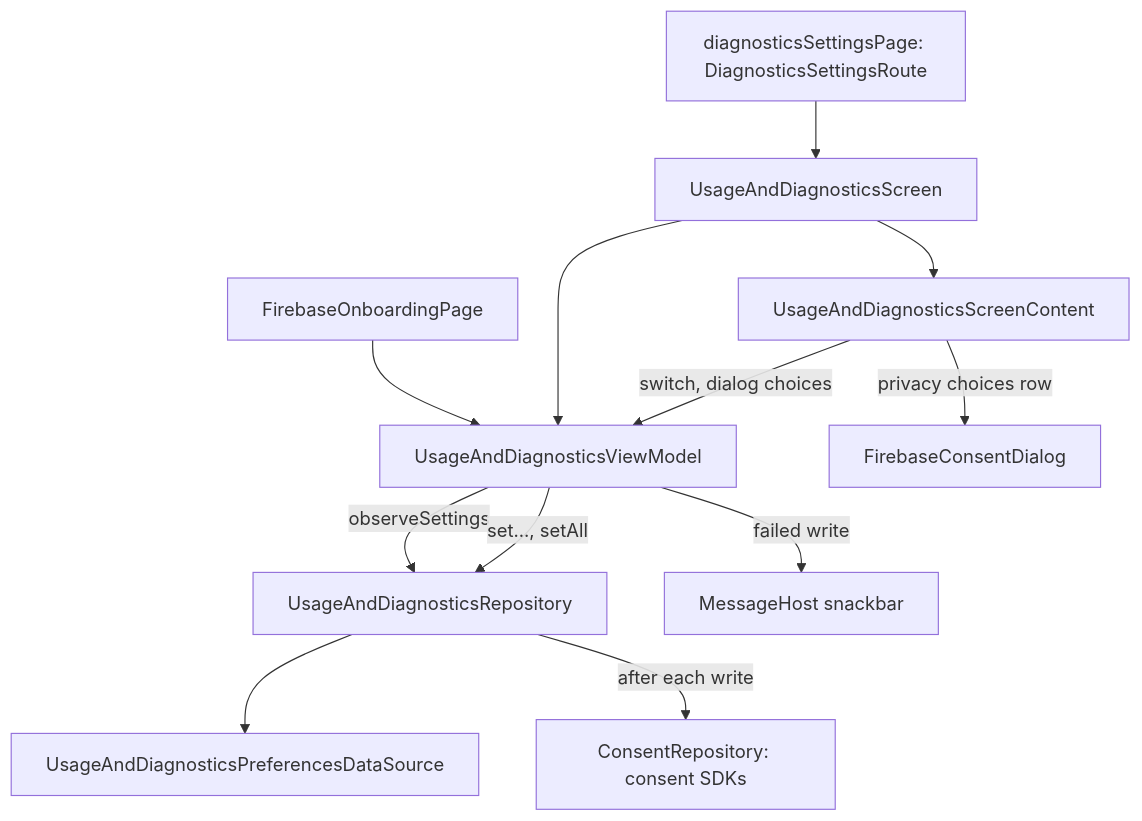
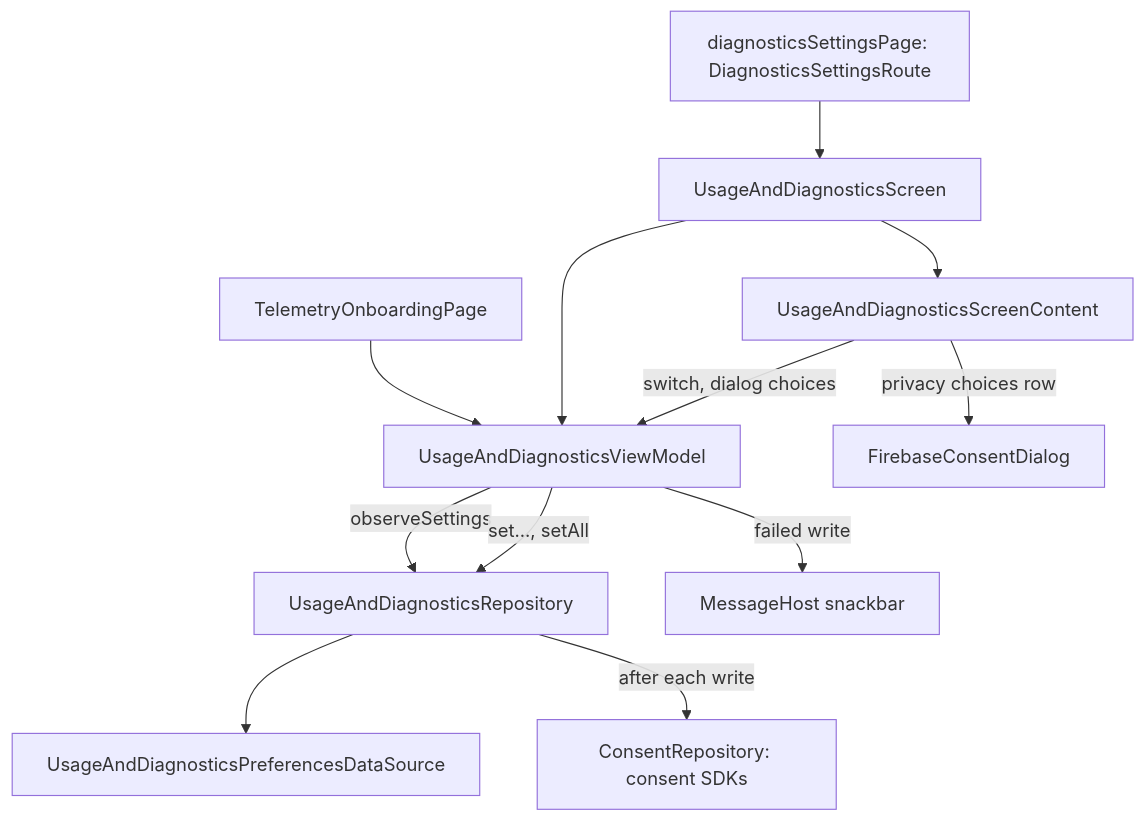
One commit to MihaiCristianCondrea/App-Toolkit-for-Android changed the diagram in library/feature/diagnostics/README.md. Above: the diagram before and after it, drawn with Mermaid. The commit also changed other lines of this file and 139 other files, not shown here.

````diff
--- a/library/feature/diagnostics/README.md
+++ b/library/feature/diagnostics/README.md
@@ -45,14 +45,14 @@
 ```mermaid
 flowchart TD
     Page[diagnosticsSettingsPage: DiagnosticsSettingsRoute] --> Screen[UsageAndDiagnosticsScreen]
-    Onboarding[FirebaseOnboardingPage] --> VM
+    Onboarding[TelemetryOnboardingPage] --> VM
     Screen --> VM[UsageAndDiagnosticsViewModel]
     Screen --> Content[UsageAndDiagnosticsScreenContent]
     Content -->|privacy choices row| Dialog[FirebaseConsentDialog]
     Content -->|switch, dialog choices| VM
     VM -->|observeSettings| Repo[UsageAndDiagnosticsRepository]
     VM -->|set..., setAll| Repo
     Repo --> Store[UsageAndDiagnosticsPreferencesDataSource]
     Repo -->|after each write| Consent[ConsentRepository: consent SDKs]
     VM -->|failed write| Messages[MessageHost snackbar]
 ```
````
